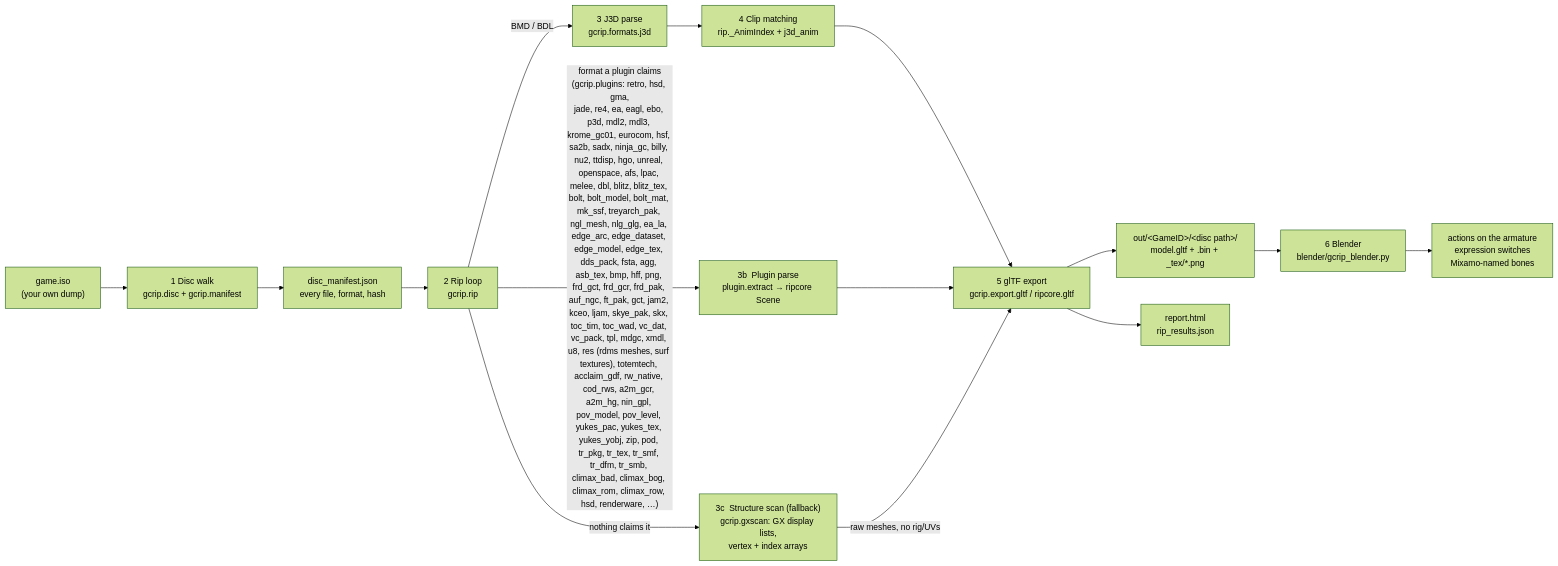
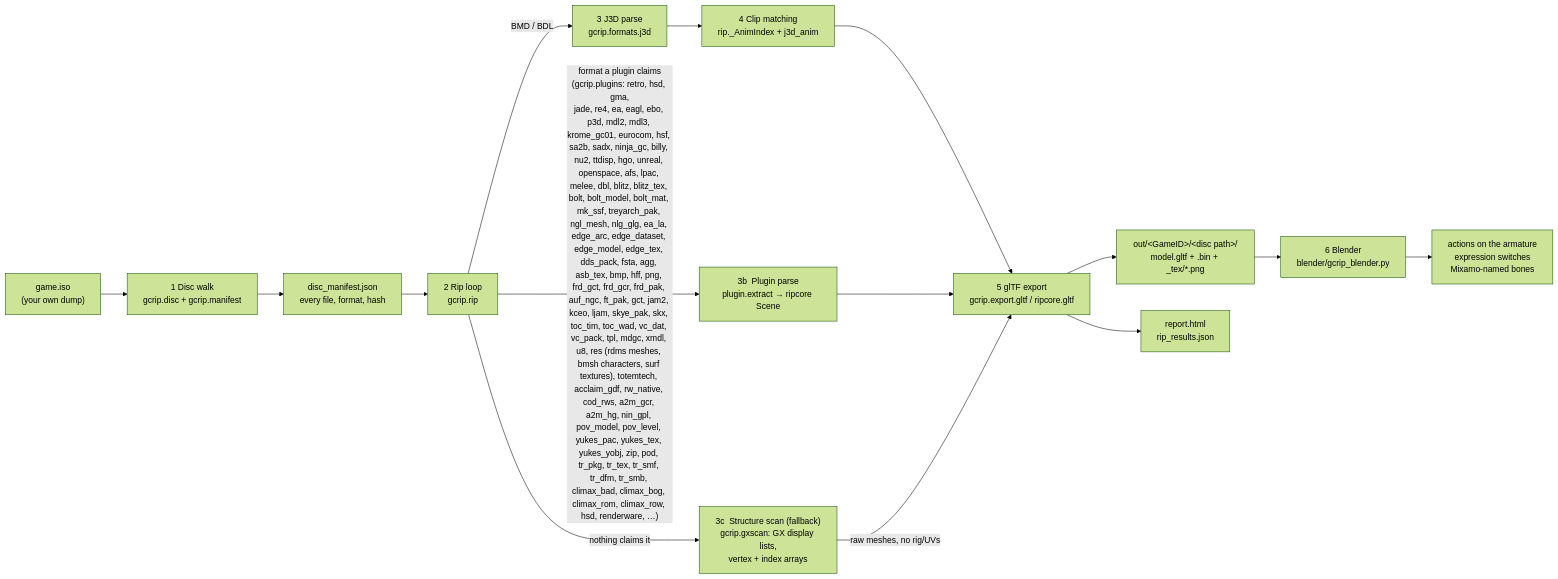
The first of 10 diagrams in docs/PIPELINE.md (Felbs/3d-ripper-9000), drawn with Mermaid (forest theme) before and after one commit. The commit also changed 8 other files, not shown here.

Commit message:
gcrip res: bmsh characters (Samurai Jack, Lemony Snicket, Digimon RA2) - bind-pose buffer, 0x99 strip of slot corners, blended slots from their runs, a shader a batch; surf link 116 bytes before the shader's end; Lemony rdms link at +0

````diff
--- a/docs/PIPELINE.md
+++ b/docs/PIPELINE.md
@@ -11,17 +11,17 @@
 ```mermaid
 flowchart LR
     ISO["game.iso<br/>(your own dump)"] --> WALK["1  Disc walk<br/>gcrip.disc + gcrip.manifest"]
     WALK --> MAN["disc_manifest.json<br/>every file, format, hash"]
     MAN --> RIP["2  Rip loop<br/>gcrip.rip"]
     RIP -->|"BMD / BDL"| J3D["3  J3D parse<br/>gcrip.formats.j3d"]
-    RIP -->|"format a plugin claims<br/>(gcrip.plugins: retro, hsd, gma,<br/>jade, re4, ea, eagl, ebo, p3d, mdl2, mdl3, krome_gc01, eurocom, hsf, sa2b, sadx, ninja_gc, billy, nu2, ttdisp, hgo, unreal, openspace, afs, lpac, melee, dbl, blitz, blitz_tex, bolt, bolt_model, bolt_mat, mk_ssf, treyarch_pak, ngl_mesh, nlg_glg, ea_la, edge_arc, edge_dataset, edge_model, edge_tex, dds_pack, fsta, agg, asb_tex, bmp, hff, png, frd_gct, frd_gcr, frd_pak, auf_ngc, ft_pak, gct, jam2, kceo, ljam, skye_pak, skx, toc_tim, toc_wad, vc_dat, vc_pack, tpl, mdgc, xmdl, u8, res (rdms meshes, surf textures), totemtech, acclaim_gdf, rw_native, cod_rws, a2m_gcr, a2m_hg, nin_gpl, pov_model, pov_level, yukes_pac, yukes_tex, yukes_yobj, zip, pod, tr_pkg, tr_tex, tr_smf, tr_dfm, tr_smb, climax_bad, climax_bog, climax_rom, climax_row, hsd, renderware, …)"| PLUG["3b  Plugin parse<br/>plugin.extract → ripcore Scene"]
+    RIP -->|"format a plugin claims<br/>(gcrip.plugins: retro, hsd, gma,<br/>jade, re4, ea, eagl, ebo, p3d, mdl2, mdl3, krome_gc01, eurocom, hsf, sa2b, sadx, ninja_gc, billy, nu2, ttdisp, hgo, unreal, openspace, afs, lpac, melee, dbl, blitz, blitz_tex, bolt, bolt_model, bolt_mat, mk_ssf, treyarch_pak, ngl_mesh, nlg_glg, ea_la, edge_arc, edge_dataset, edge_model, edge_tex, dds_pack, fsta, agg, asb_tex, bmp, hff, png, frd_gct, frd_gcr, frd_pak, auf_ngc, ft_pak, gct, jam2, kceo, ljam, skye_pak, skx, toc_tim, toc_wad, vc_dat, vc_pack, tpl, mdgc, xmdl, u8, res (rdms meshes, bmsh characters, surf textures), totemtech, acclaim_gdf, rw_native, cod_rws, a2m_gcr, a2m_hg, nin_gpl, pov_model, pov_level, yukes_pac, yukes_tex, yukes_yobj, zip, pod, tr_pkg, tr_tex, tr_smf, tr_dfm, tr_smb, climax_bad, climax_bog, climax_rom, climax_row, hsd, renderware, …)"| PLUG["3b  Plugin parse<br/>plugin.extract → ripcore Scene"]
     RIP -->|"nothing claims it"| GX["3c  Structure scan (fallback)<br/>gcrip.gxscan: GX display lists,<br/>vertex + index arrays"]
     J3D --> ANIM["4  Clip matching<br/>rip._AnimIndex + j3d_anim"]
     ANIM --> GLTF["5  glTF export<br/>gcrip.export.gltf / ripcore.gltf"]
     PLUG --> GLTF
     GX -->|"raw meshes, no rig/UVs"| GLTF
     GLTF --> OUT["out/&lt;GameID&gt;/&lt;disc path&gt;/<br/>model.gltf + .bin + _tex/*.png"]
     GLTF --> REP["report.html<br/>rip_results.json"]
     OUT --> BL["6  Blender<br/>blender/gcrip_blender.py"]
     BL --> PLAY["actions on the armature<br/>expression switches<br/>Mixamo-named bones"]
 ```
````
